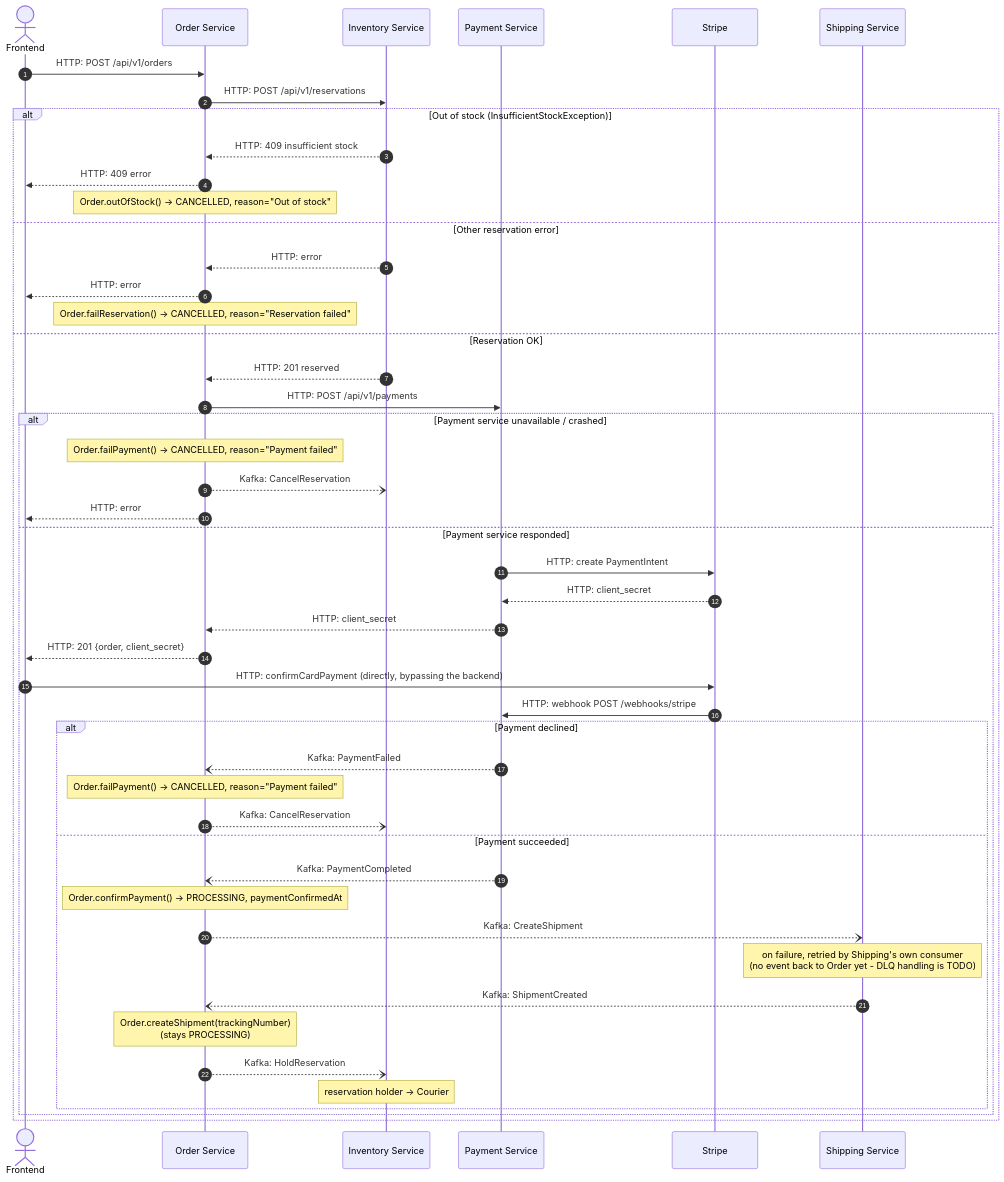
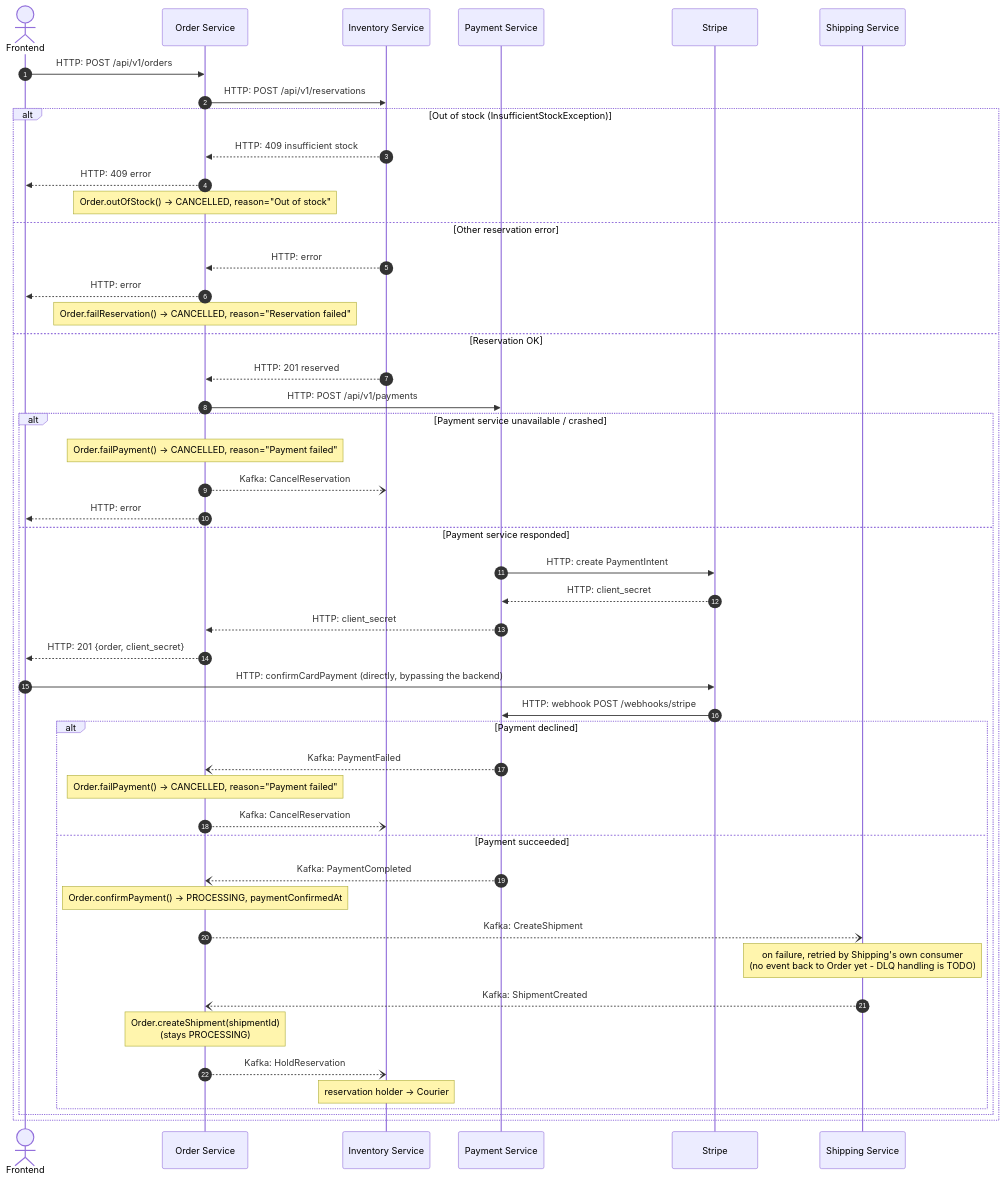
The third of 4 diagrams in docs/order_saga.md (ihorhartmann/E-commerce-App), drawn with Mermaid before and after one commit. The commit also changed 64 other files, not shown here.

Commit message:
IHO-77 Shipping: courier lists (available, mine), GET /shipments/{id}; shipmentState was moved to another struct within Shipment; tracking number and customer removed

````diff
--- a/docs/order_saga.md
+++ b/docs/order_saga.md
@@ -65,56 +65,56 @@
 ```mermaid
 sequenceDiagram
     autonumber
     actor U as Frontend
     participant O as Order Service
     participant I as Inventory Service
     participant P as Payment Service
     participant S as Stripe
     participant Sh as Shipping Service
 
     U->>O: HTTP: POST /api/v1/orders
     O->>I: HTTP: POST /api/v1/reservations
 
     alt Out of stock (InsufficientStockException)
         I-->>O: HTTP: 409 insufficient stock
         O-->>U: HTTP: 409 error
         Note over O: Order.outOfStock() -> CANCELLED, reason="Out of stock"
     else Other reservation error
         I-->>O: HTTP: error
         O-->>U: HTTP: error
         Note over O: Order.failReservation() -> CANCELLED, reason="Reservation failed"
     else Reservation OK
         I-->>O: HTTP: 201 reserved
         O->>P: HTTP: POST /api/v1/payments
 
         alt Payment service unavailable / crashed
             Note over O: Order.failPayment() -> CANCELLED, reason="Payment failed"
             O--)I: Kafka: CancelReservation
             O-->>U: HTTP: error
         else Payment service responded
             P->>S: HTTP: create PaymentIntent
             S-->>P: HTTP: client_secret
             P-->>O: HTTP: client_secret
             O-->>U: HTTP: 201 {order, client_secret}
 
             U->>S: HTTP: confirmCardPayment (directly, bypassing the backend)
             S->>P: HTTP: webhook POST /webhooks/stripe
 
             alt Payment declined
                 P--)O: Kafka: PaymentFailed
                 Note over O: Order.failPayment() -> CANCELLED, reason="Payment failed"
                 O--)I: Kafka: CancelReservation
             else Payment succeeded
                 P--)O: Kafka: PaymentCompleted
                 Note over O: Order.confirmPayment() -> PROCESSING, paymentConfirmedAt
                 O--)Sh: Kafka: CreateShipment
                 Note over Sh: on failure, retried by Shipping's own consumer<br/>(no event back to Order yet - DLQ handling is TODO)
 
                 Sh--)O: Kafka: ShipmentCreated
-                Note over O: Order.createShipment(trackingNumber)<br/>(stays PROCESSING)
+                Note over O: Order.createShipment(shipmentId)<br/>(stays PROCESSING)
                 O--)I: Kafka: HoldReservation
                 Note over I: reservation holder -> Courier
             end
         end
     end
 ```
````
